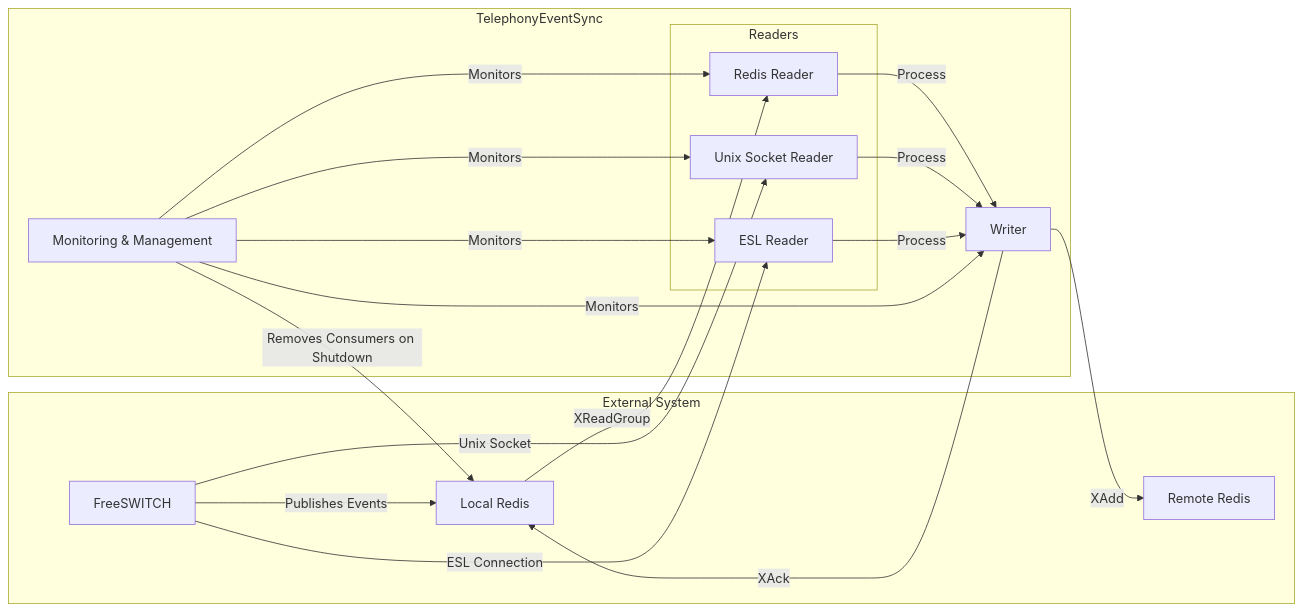
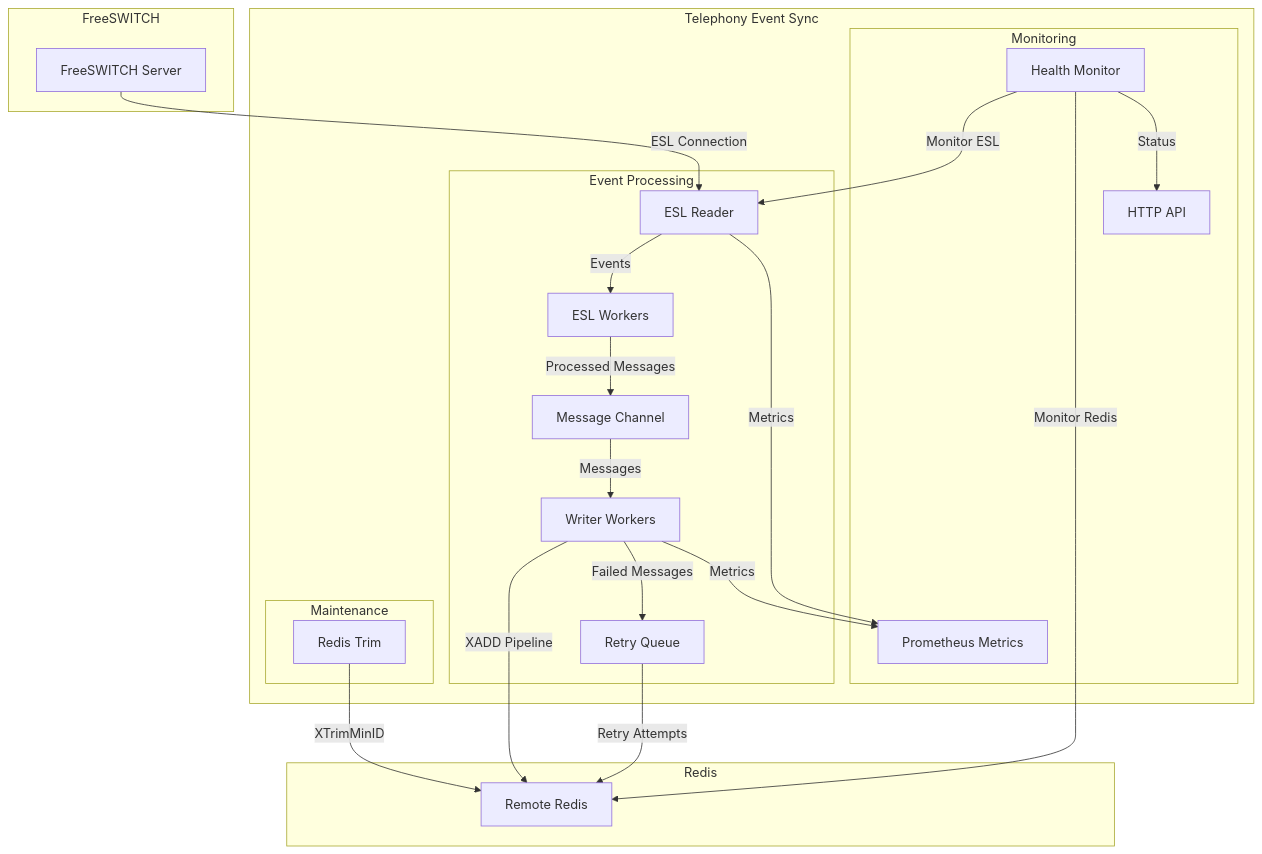
Before and after one commit to rauxiliar/telephonyEventSync: the first of 2 diagrams in README.md, drawn with Mermaid. The commit also changed other lines of this file and 6 other files, not shown here.

````diff
--- a/README.md
+++ b/README.md
@@ -128,40 +83,47 @@
 ```mermaid
-flowchart LR
-    subgraph External System
-        FS[FreeSWITCH]
-        LR[Local Redis]
+graph TB
+    subgraph "FreeSWITCH"
+        FS[FreeSWITCH Server]
+    end
+    
+    subgraph "Telephony Event Sync"
+        subgraph "Event Processing"
+            ESL[ESL Reader]
+            WORKERS[ESL Workers]
+            CHANNEL[Message Channel]
+            WRITERS[Writer Workers]
+            RETRY[Retry Queue]
+        end
+        
+        subgraph "Monitoring"
+            METRICS[Prometheus Metrics]
+            HEALTH[Health Monitor]
+            API[HTTP API]
+        end
+        
+        subgraph "Maintenance"
+            TRIM[Redis Trim]
+        end
+    end
+    
+    subgraph "Redis"
         RR[Remote Redis]
     end
-
-    subgraph TelephonyEventSync
-        subgraph Readers
-            USR[Unix Socket Reader]
-            RDR[Redis Reader]
-            ESR[ESL Reader]
-        end
-        WRT[Writer]
-        MM[Monitoring & Management]
-    end
-
-    %% Main flow
-    FS -- "Publishes Events" --> LR
-    LR -- "XReadGroup" --> RDR
-    RDR -- "Process" --> WRT
-    WRT -- "XAdd" --> RR
-    WRT -- "XAck" --> LR
-
-    %% Alternative: Direct Unix Socket
-    FS -- "Unix Socket" --> USR
-    USR -- "Process" --> WRT
-
-    %% Alternative: ESL Connection
-    FS -- "ESL Connection" --> ESR
-    ESR -- "Process" --> WRT
-
-    %% Monitoring
-    MM -- "Monitors" --> USR
-    MM -- "Monitors" --> RDR
-    MM -- "Monitors" --> ESR
-    MM -- "Monitors" --> WRT
-    MM -- "Removes Consumers on Shutdown" --> LR
+    
+    %% Main event flow
+    FS -->|ESL Connection| ESL
+    ESL -->|Events| WORKERS
+    WORKERS -->|Processed Messages| CHANNEL
+    CHANNEL -->|Messages| WRITERS
+    WRITERS -->|XADD Pipeline| RR
+    WRITERS -->|Failed Messages| RETRY
+    RETRY -->|Retry Attempts| RR
+    
+    %% Monitoring flow
+    ESL -->|Metrics| METRICS
+    WRITERS -->|Metrics| METRICS
+    HEALTH -->|Monitor ESL| ESL
+    HEALTH -->|Monitor Redis| RR
+    HEALTH -->|Status| API
+    TRIM -->|XTrimMinID| RR
 ```
````
